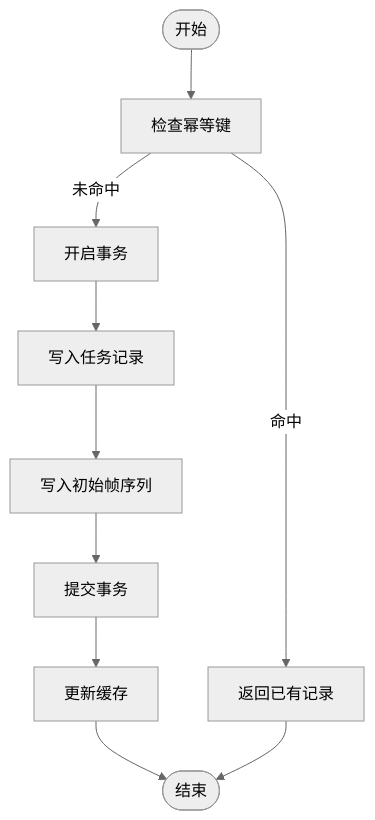
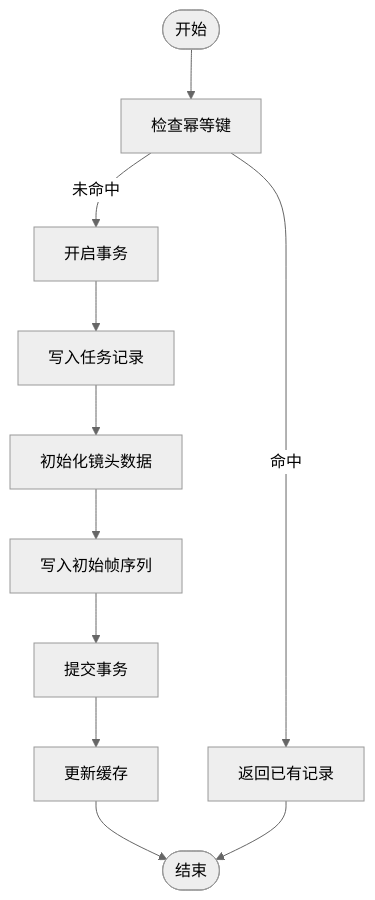
One commit to AIMFllyYS/code-video-canvas changed the fourth of 5 diagrams in .qoder/repowiki/zh/content/架构设计/核心模块设计/渲染引擎设计/渲染数据仓库.md. Above: the diagram before and after it, drawn with Mermaid (neutral theme). The commit also changed other lines of this file and 44 other files, not shown here.

````diff
--- a/.qoder/repowiki/zh/content/架构设计/核心模块设计/渲染引擎设计/渲染数据仓库.md
+++ b/.qoder/repowiki/zh/content/架构设计/核心模块设计/渲染引擎设计/渲染数据仓库.md
@@ -222,12 +218,13 @@
 ```mermaid
 flowchart TD
 Start(["开始"]) --> CheckIdempotency["检查幂等键"]
 CheckIdempotency --> |命中| ReturnExisting["返回已有记录"]
 CheckIdempotency --> |未命中| BeginTx["开启事务"]
 BeginTx --> WriteTask["写入任务记录"]
-WriteTask --> WriteFrames["写入初始帧序列"]
+WriteTask --> InitShotData["初始化镜头数据"]
+InitShotData --> WriteFrames["写入初始帧序列"]
 WriteFrames --> CommitTx["提交事务"]
 CommitTx --> UpdateCache["更新缓存"]
 UpdateCache --> End(["结束"])
 ReturnExisting --> End
 ```
````
